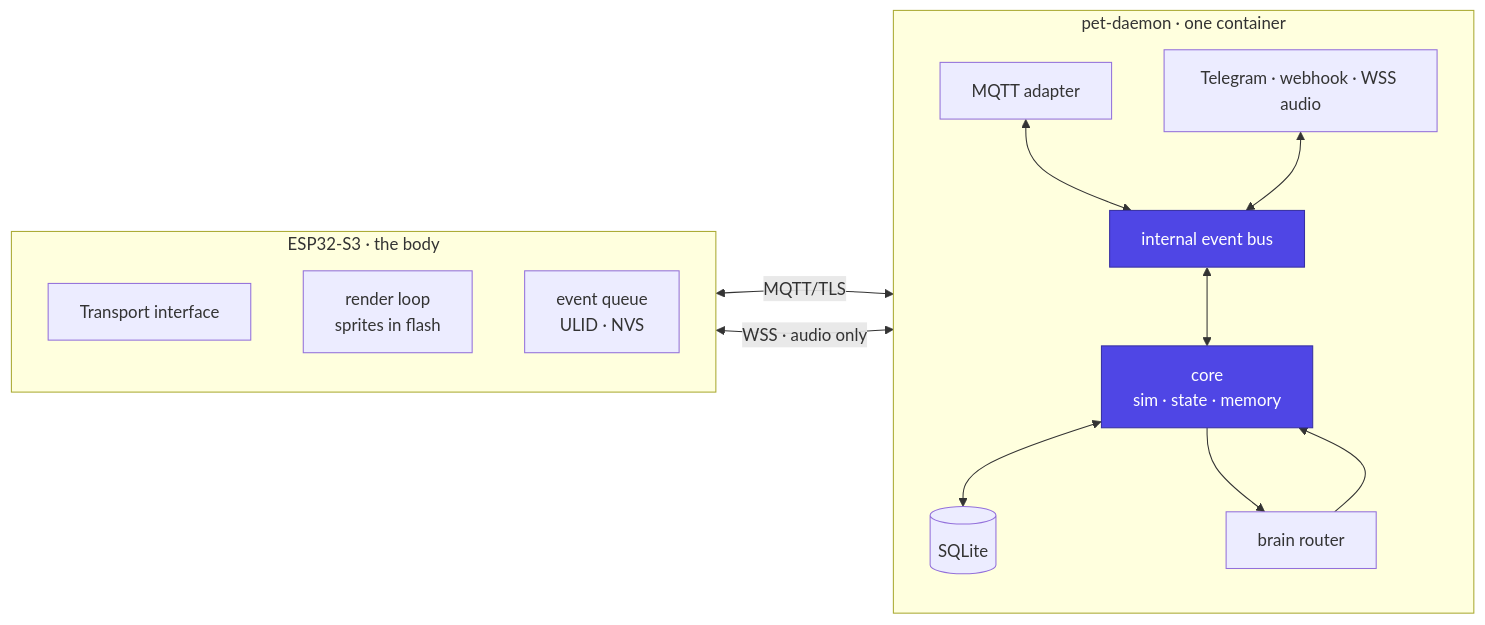
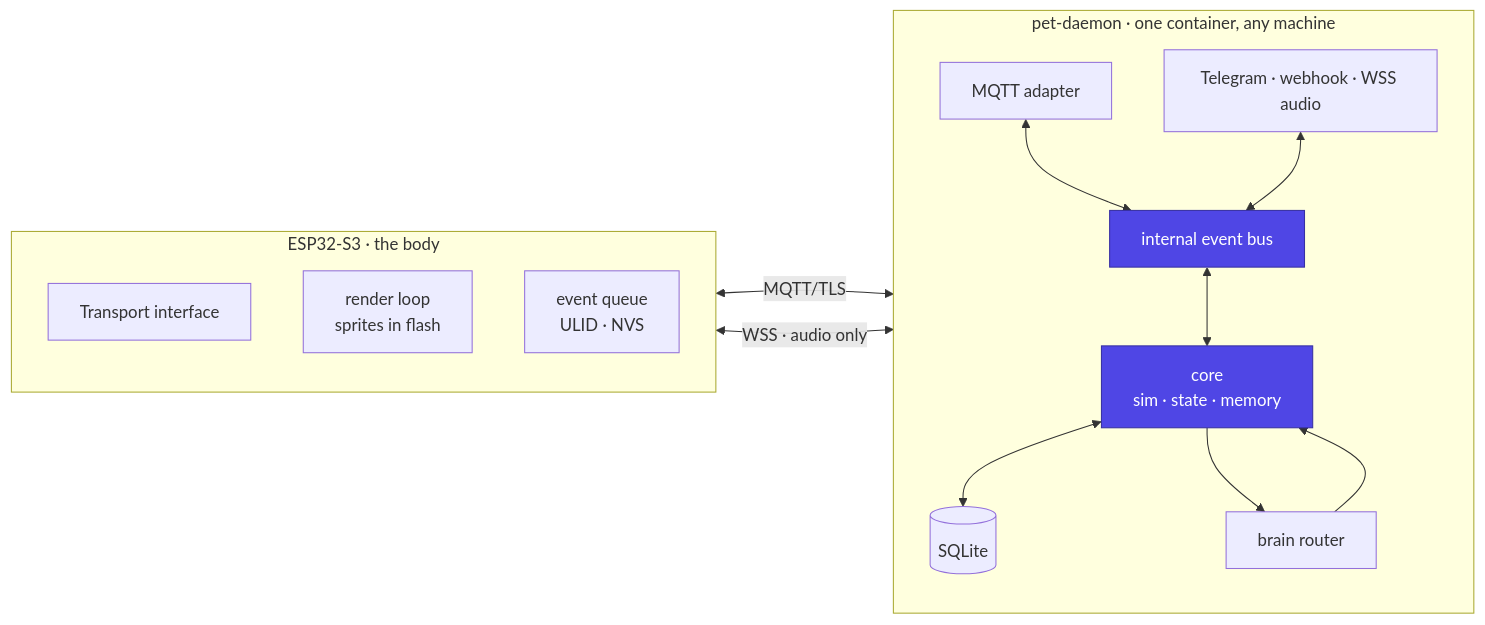
The diagram in docs/architecture/overview.md (jcarranz97/open-body-protocol), drawn with Mermaid before and after one commit. The commit also changed other lines of this file and 17 other files, not shown here.

````diff
--- a/docs/architecture/overview.md
+++ b/docs/architecture/overview.md
@@ -8,31 +8,31 @@
 ```mermaid
 flowchart LR
     subgraph Device["ESP32-S3 · the body"]
         direction TB
         T["Transport interface"]
         R["render loop<br/>sprites in flash"]
         Q["event queue<br/>ULID · NVS"]
     end
 
-    subgraph Pod["pet-daemon · one container"]
+    subgraph Pod["pet-daemon · one container, any machine"]
         direction TB
         ADP["MQTT adapter"]
         BUS["internal event bus"]
         CORE["core<br/>sim · state · memory"]
         STORE[("SQLite")]
         BR["brain router"]
         FACES["Telegram · webhook · WSS audio"]
     end
 
     Device <-- "MQTT/TLS" --> ADP
     Device <-- "WSS · audio only" --> FACES
     ADP <--> BUS
     FACES <--> BUS
     BUS <--> CORE
     CORE <--> STORE
     CORE --> BR
     BR --> CORE
 
     classDef core fill:#4f46e5,stroke:#3730a3,color:#fff
     class CORE,BUS core
 ```
````
